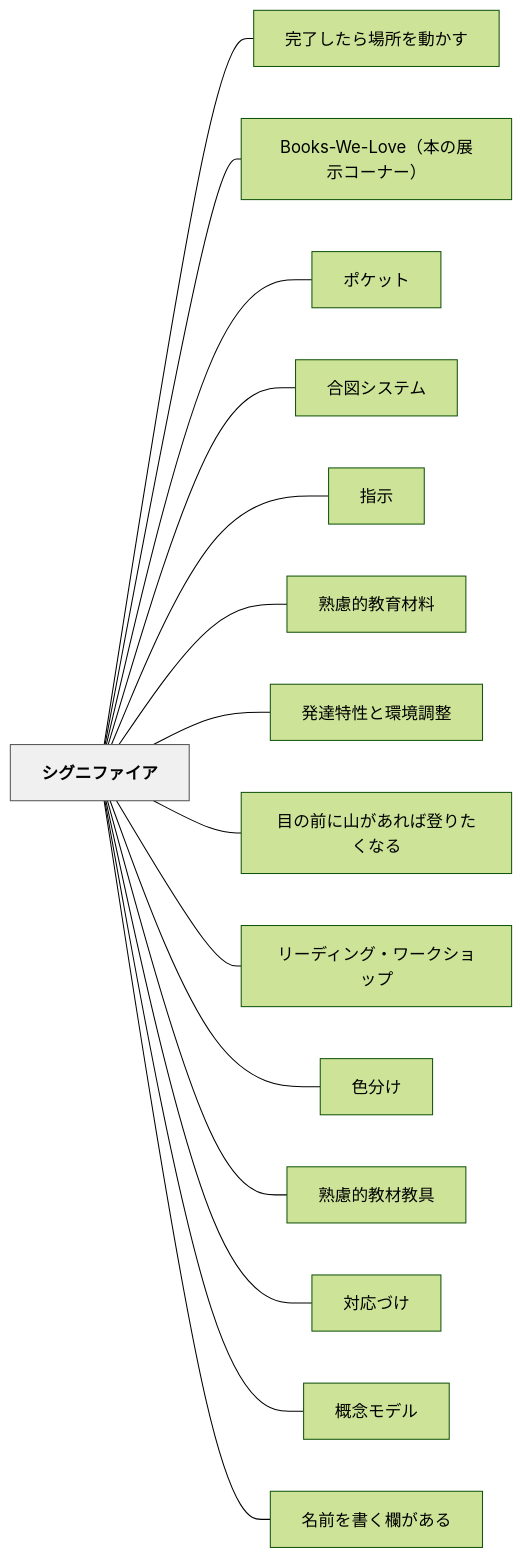
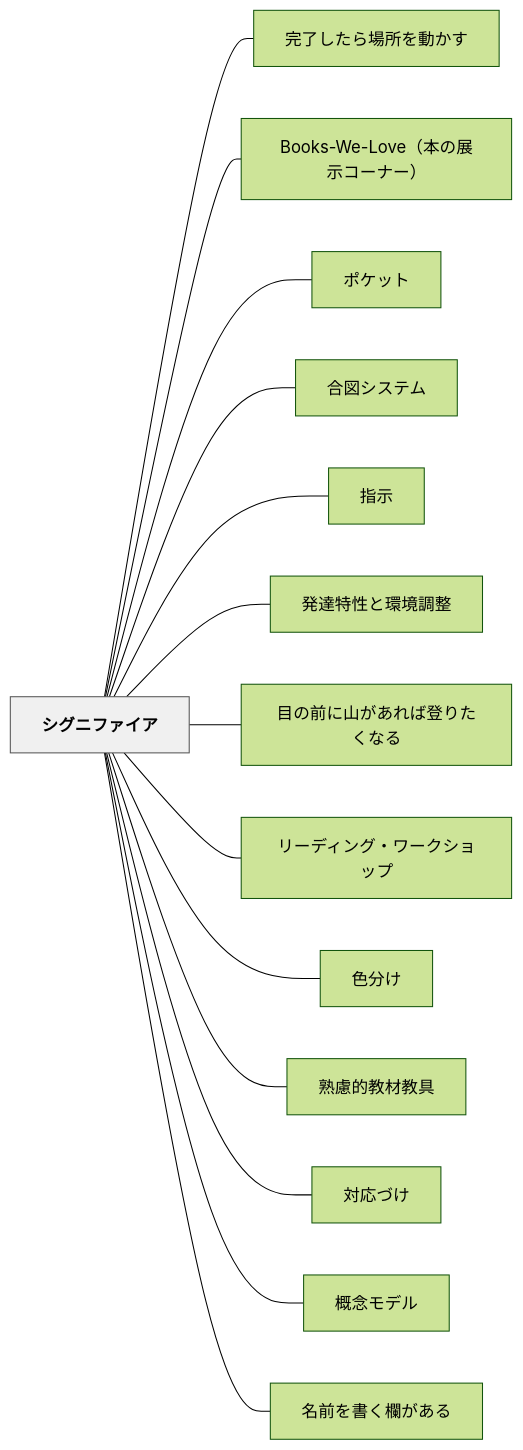
One commit to unknownthings-ed-patterns/unknownthings-ed-patterns changed the diagram in content/パタン/シグニファイア.md. Above: the diagram before and after it, drawn with Mermaid (forest theme). The commit also changed other lines of this file and 72 other files, not shown here.

````diff
--- a/content/パタン/シグニファイア.md
+++ b/content/パタン/シグニファイア.md
@@ -113,36 +112,34 @@
 ```mermaid
 flowchart LR
     ne382b7e382b0e3838be38395e382a1e382a4e382a2["シグニファイア"]
     ne5ae8ce4ba86e38197e3819fe38289e5a0b4e68980e38292e58b95e3818be38199["完了したら場所を動かす"]
     n426f6f6b732d57652d4c6f7665efbc88e69cace381aee5b195e7a4bae382b3e383bce3838ae383bcefbc89["Books-We-Love（本の展示コーナー）"]
     ne3839de382b1e38383e38388["ポケット"]
     ne59088e59bb3e382b7e382b9e38386e383a0["合図システム"]
     ne68c87e7a4ba["指示"]
-    ne7869fe685aee79a84e69599e882b2e69d90e69699["熟慮的教育材料"]
     ne799bae98194e789b9e680a7e381a8e792b0e5a283e8aabfe695b4["発達特性と環境調整"]
     ne79baee381aee5898de381abe5b1b1e3818ce38182e3828ce381b0e799bbe3828ae3819fe3818fe381aae3828b["目の前に山があれば登りたくなる"]
     ne383aae383bce38387e382a3e383b3e382b0e383bbe383afe383bce382afe382b7e383a7e38383e38397["リーディング・ワークショップ"]
     ne889b2e58886e38191["色分け"]
     ne7869fe685aee79a84e69599e69d90e69599e585b7["熟慮的教材教具"]
     ne5afbee5bf9ce381a5e38191["対応づけ"]
     ne6a682e5bfb5e383a2e38387e383ab["概念モデル"]
     ne5908de5898de38292e69bb8e3818fe6ac84e3818ce38182e3828b["名前を書く欄がある"]
 
     ne382b7e382b0e3838be38395e382a1e382a4e382a2 --- ne5ae8ce4ba86e38197e3819fe38289e5a0b4e68980e38292e58b95e3818be38199
     ne382b7e382b0e3838be38395e382a1e382a4e382a2 --- n426f6f6b732d57652d4c6f7665efbc88e69cace381aee5b195e7a4bae382b3e383bce3838ae383bcefbc89
     ne382b7e382b0e3838be38395e382a1e382a4e382a2 --- ne3839de382b1e38383e38388
     ne382b7e382b0e3838be38395e382a1e382a4e382a2 --- ne59088e59bb3e382b7e382b9e38386e383a0
     ne382b7e382b0e3838be38395e382a1e382a4e382a2 --- ne68c87e7a4ba
-    ne382b7e382b0e3838be38395e382a1e382a4e382a2 --- ne7869fe685aee79a84e69599e882b2e69d90e69699
     ne382b7e382b0e3838be38395e382a1e382a4e382a2 --- ne799bae98194e789b9e680a7e381a8e792b0e5a283e8aabfe695b4
     ne382b7e382b0e3838be38395e382a1e382a4e382a2 --- ne79baee381aee5898de381abe5b1b1e3818ce38182e3828ce381b0e799bbe3828ae3819fe3818fe381aae3828b
     ne382b7e382b0e3838be38395e382a1e382a4e382a2 --- ne383aae383bce38387e382a3e383b3e382b0e383bbe383afe383bce382afe382b7e383a7e38383e38397
     ne382b7e382b0e3838be38395e382a1e382a4e382a2 --- ne889b2e58886e38191
     ne382b7e382b0e3838be38395e382a1e382a4e382a2 --- ne7869fe685aee79a84e69599e69d90e69599e585b7
     ne382b7e382b0e3838be38395e382a1e382a4e382a2 --- ne5afbee5bf9ce381a5e38191
     ne382b7e382b0e3838be38395e382a1e382a4e382a2 --- ne6a682e5bfb5e383a2e38387e383ab
     ne382b7e382b0e3838be38395e382a1e382a4e382a2 --- ne5908de5898de38292e69bb8e3818fe6ac84e3818ce38182e3828b
 
     classDef hub fill:#f0f0f0,stroke:#555,color:#000,font-weight:bold
     class ne382b7e382b0e3838be38395e382a1e382a4e382a2 hub
 ```
````
